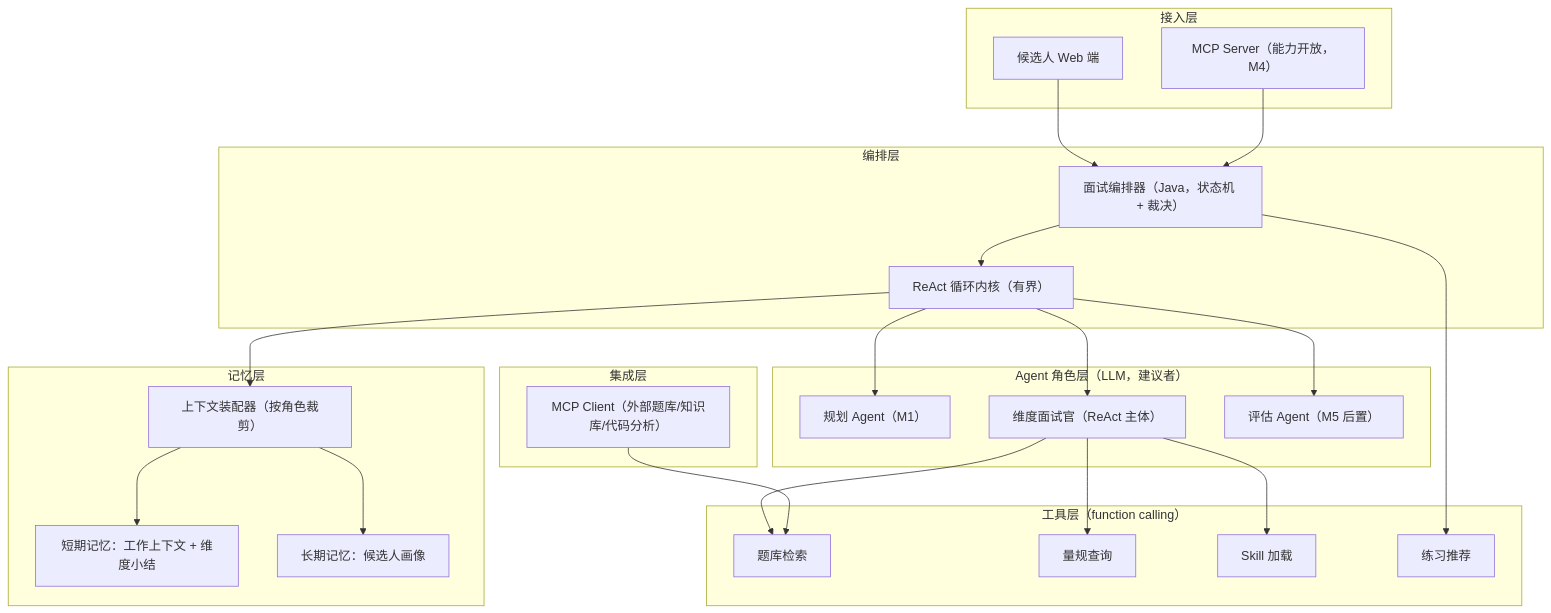
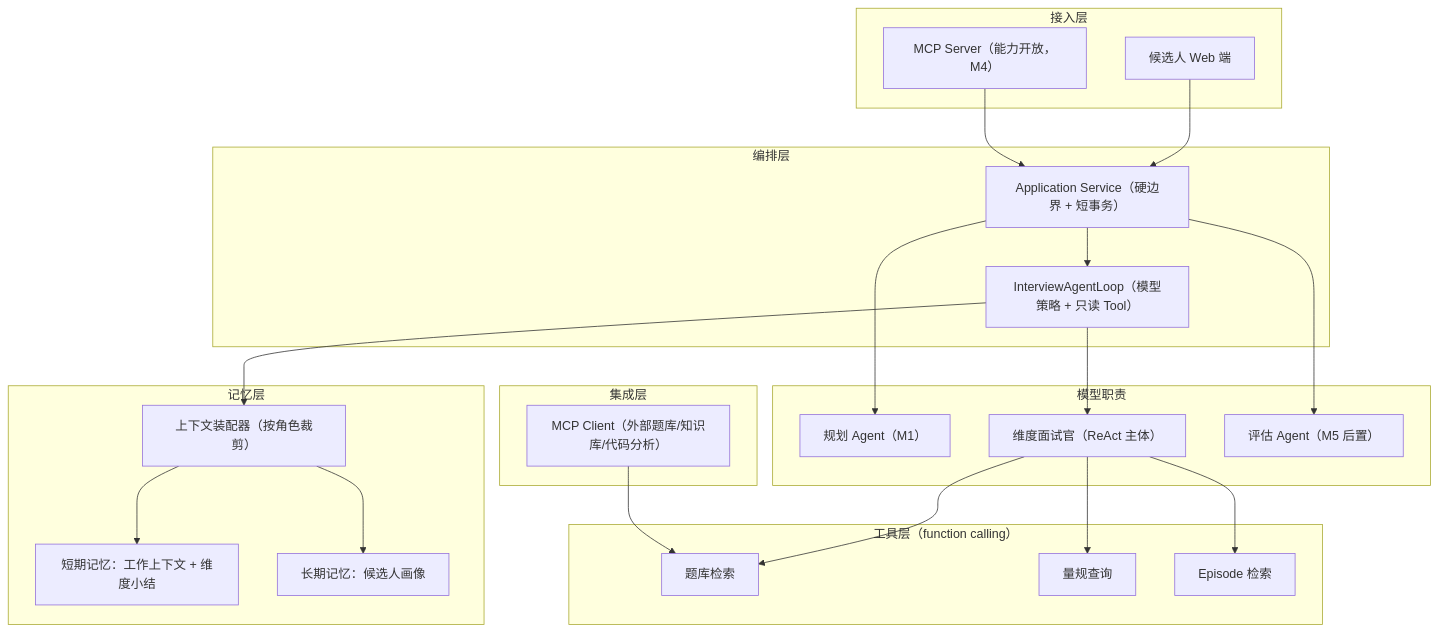
Before and after one commit to Belfast-byte/interview-guide-agent: the first of 2 diagrams in docs/design_spec/10-text-interview.md, drawn with Mermaid. The commit also changed other lines of this file and 20 other files, not shown here.

````diff
--- a/docs/design_spec/10-text-interview.md
+++ b/docs/design_spec/10-text-interview.md
@@ -30,50 +32,48 @@
 ```mermaid
 flowchart TB
     subgraph 接入层
         Web["候选人 Web 端"]
         MCPServer["MCP Server（能力开放，M4）"]
     end
 
     subgraph 编排层
-        Orch["面试编排器（Java，状态机 + 裁决）"]
-        ReAct["ReAct 循环内核（有界）"]
+        Orch["Application Service（硬边界 + 短事务）"]
+        ReAct["InterviewAgentLoop（模型策略 + 只读 Tool）"]
     end
 
-    subgraph 角色层["Agent 角色层（LLM，建议者）"]
+    subgraph 角色层["模型职责"]
         Planner["规划 Agent（M1）"]
         Interviewer["维度面试官（ReAct 主体）"]
         Assessor["评估 Agent（M5 后置）"]
     end
 
     subgraph 记忆层
         STM["短期记忆：工作上下文 + 维度小结"]
         LTM["长期记忆：候选人画像"]
         Assembler["上下文装配器（按角色裁剪）"]
     end
 
     subgraph 工具层["工具层（function calling）"]
         QBank["题库检索"]
         Rubric["量规查询"]
-        Skill["Skill 加载"]
-        Practice["练习推荐"]
+        Episode["Episode 检索"]
     end
 
     subgraph 集成层
         MCPClient["MCP Client（外部题库/知识库/代码分析）"]
     end
 
     Web --> Orch
     MCPServer --> Orch
     Orch --> ReAct
-    ReAct --> Planner
+    Orch --> Planner
+    Orch --> Assessor
     ReAct --> Interviewer
-    ReAct --> Assessor
     ReAct --> Assembler
     Assembler --> STM
     Assembler --> LTM
     Interviewer --> QBank
     Interviewer --> Rubric
-    Interviewer --> Skill
-    Orch --> Practice
+    Interviewer --> Episode
     MCPClient --> QBank
 ```
````
